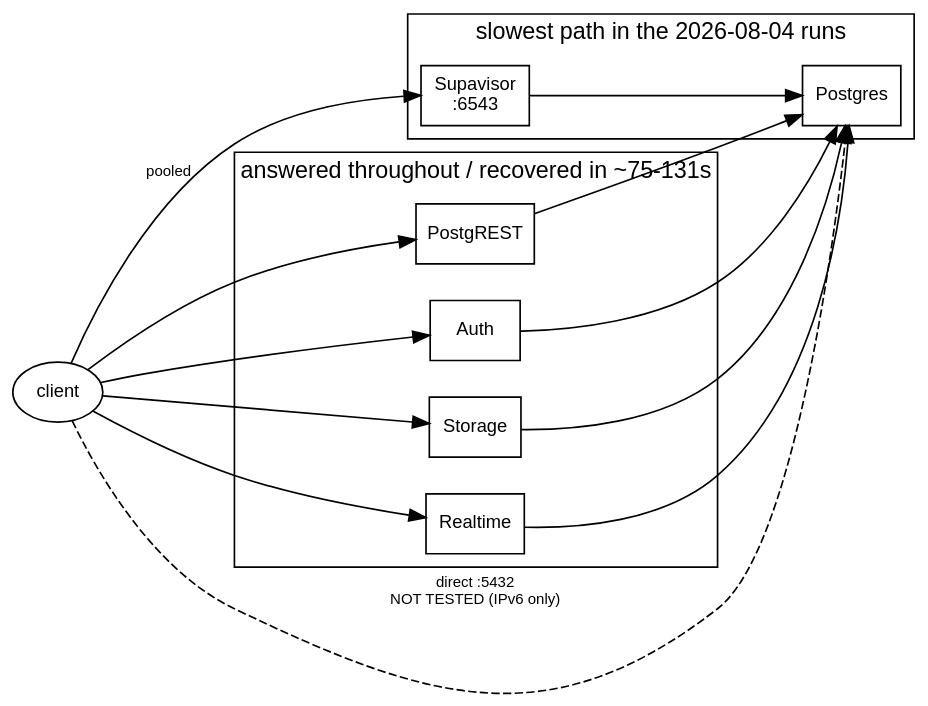
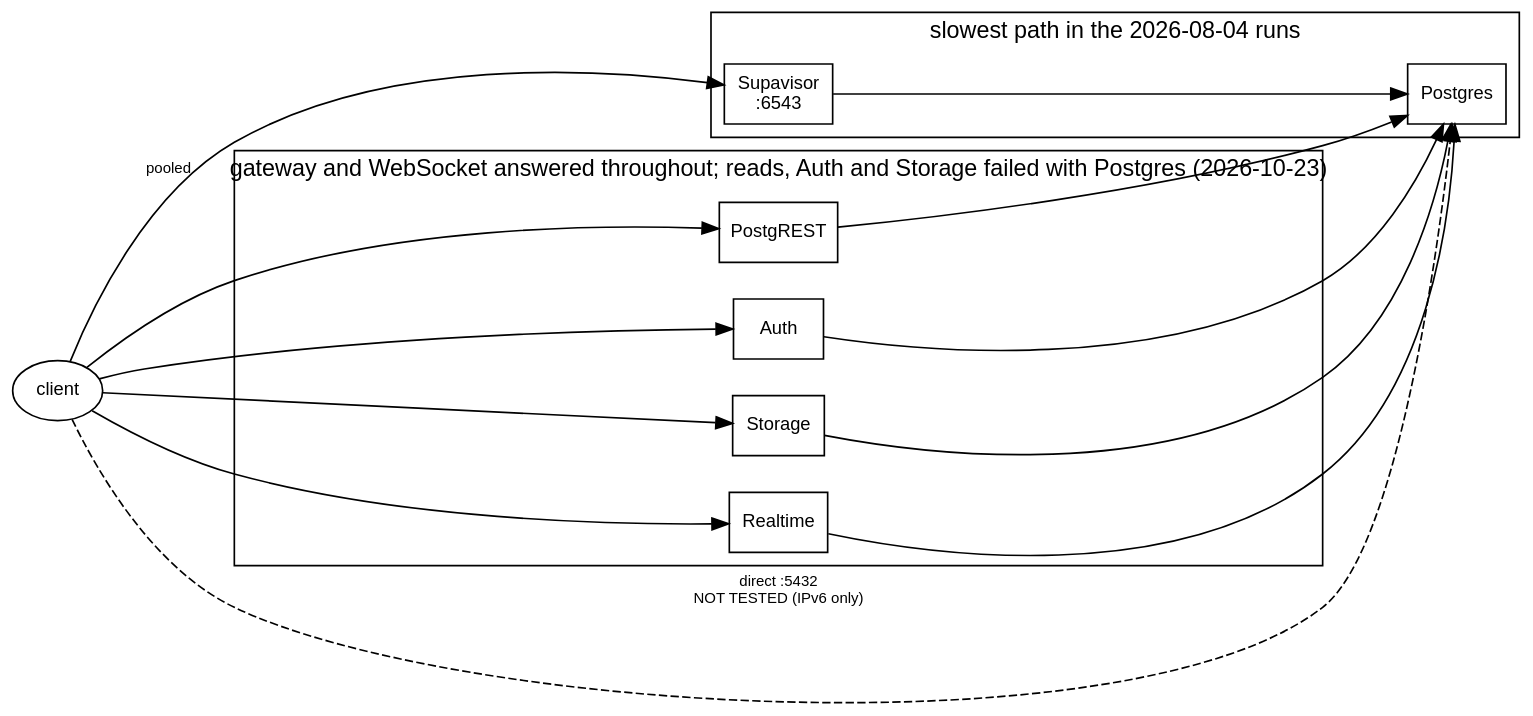
One commit to erfianugrah/lexicanum changed the diagram in src/content/docs/reference/supabase-platform-operation-cost.mdx. Above: the diagram before and after it, drawn with Graphviz. The commit also changed other lines of this file and 8 other files, not shown here.

````diff
--- a/src/content/docs/reference/supabase-platform-operation-cost.mdx
+++ b/src/content/docs/reference/supabase-platform-operation-cost.mdx
@@ -204,37 +302,37 @@
 ```dot
 digraph {
   rankdir=LR; bgcolor="transparent"; compound=true; nodesep=0.3; ranksep=0.7;
   fontname="Helvetica,Arial,sans-serif";
   node [fontname="Helvetica,Arial,sans-serif", fontsize=11, shape=box];
   edge [fontname="Helvetica,Arial,sans-serif", fontsize=9];
 
   client [label="client", shape=ellipse];
 
   subgraph cluster_http {
-    label="answered throughout / recovered in ~75-131s";
+    label="gateway and WebSocket answered throughout; reads, Auth and Storage failed with Postgres (2026-10-23)";
     rest [label="PostgREST"];
     auth [label="Auth"];
     storage [label="Storage"];
     realtime [label="Realtime"];
   }
 
   subgraph cluster_pg {
     label="slowest path in the 2026-08-04 runs";
     pooler [label="Supavisor\n:6543"];
     pg [label="Postgres"];
   }
 
   client -> rest;
   client -> auth;
   client -> storage;
   client -> realtime;
   client -> pooler [label="pooled"];
   client -> pg [label="direct :5432\nNOT TESTED (IPv6 only)", style=dashed];
 
   rest -> pg;
   auth -> pg;
   storage -> pg;
   realtime -> pg;
   pooler -> pg;
 }
 ```
````
